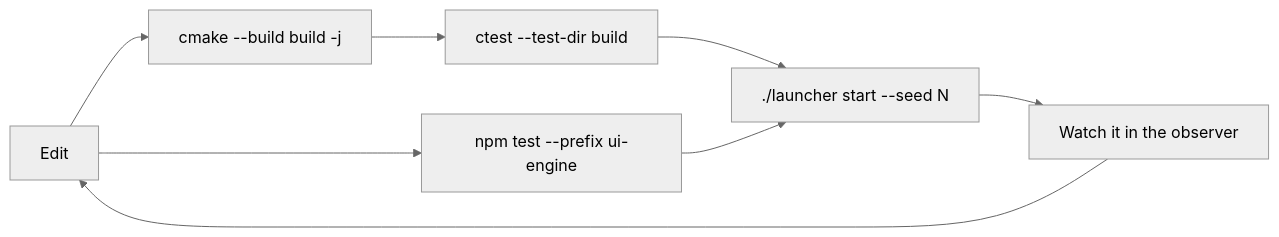
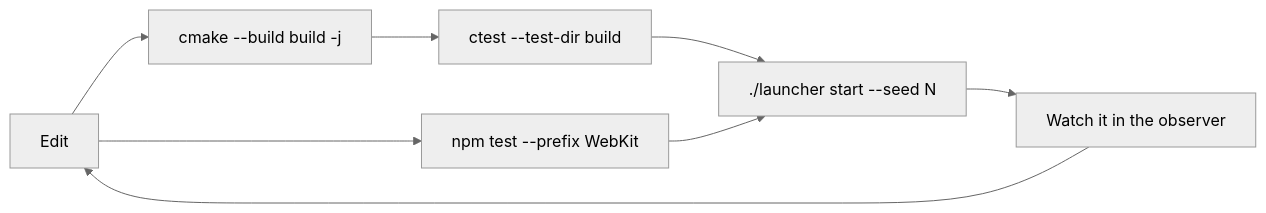
Before and after one commit to varunkarthic/DSTNS: the diagram in docs/development/index.md, drawn with Mermaid (neutral theme). The commit also changed other lines of this file and 161 other files, not shown here.

First line of the commit message:
refactor: rename ui-engine to WebKit; allow 10x and 20x

````diff
--- a/docs/development/index.md
+++ b/docs/development/index.md
@@ -46,10 +46,10 @@
 ```mermaid
 flowchart LR
     Edit["Edit"] --> Build["cmake --build build -j"]
     Build --> Unit["ctest --test-dir build"]
-    Edit --> UI["npm test --prefix ui-engine"]
+    Edit --> UI["npm test --prefix WebKit"]
     Unit --> Run["./launcher start --seed N"]
     UI --> Run
     Run --> Look["Watch it in the observer"]
     Look --> Edit
 ```
````
